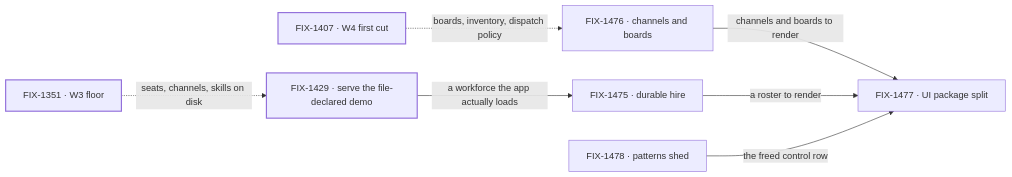
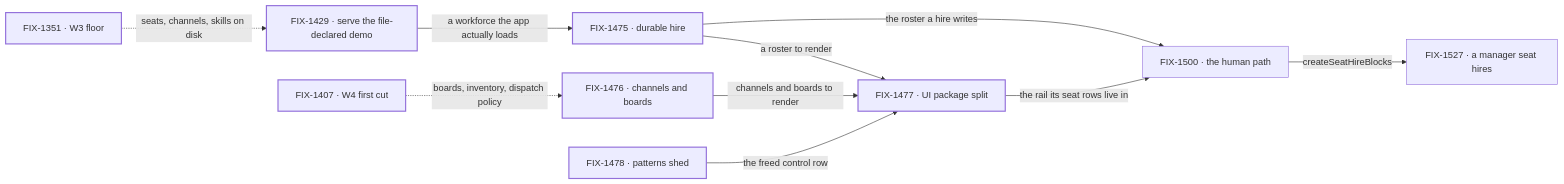
Before and after one commit to fixpoint-labs/flow-state-dev: the diagram in specs/epics/FIX-1455/SPEC.md, drawn with Mermaid. The commit also changed other lines of this file and 7 other files, not shown here.

````diff
--- a/specs/epics/FIX-1455/SPEC.md
+++ b/specs/epics/FIX-1455/SPEC.md
@@ -82,12 +86,15 @@
 ```mermaid
 flowchart LR
   A["FIX-1429 · serve the file-declared demo"] -->|"a workforce the app actually loads"| B["FIX-1475 · durable hire"]
   C["FIX-1476 · channels and boards"] -->|"channels and boards to render"| D["FIX-1477 · UI package split"]
   B -->|"a roster to render"| D
   E["FIX-1478 · patterns shed"] -->|"the freed control row"| D
+  B -->|"the roster a hire writes"| F["FIX-1500 · the human path"]
+  D -->|"the rail its seat rows live in"| F
+  F -->|"createSeatHireBlocks"| G["FIX-1527 · a manager seat hires"]
   W3["FIX-1351 · W3 floor"] -.->|"seats, channels, skills on disk"| A
   W4["FIX-1407 · W4 first cut"] -.->|"boards, inventory, dispatch policy"| C
   classDef done stroke-width:2px
   classDef proposed stroke-dasharray:4 3
-  class A,W3,W4 done
+  class A,B,C,D,E,W3,W4 done
 ```
````
